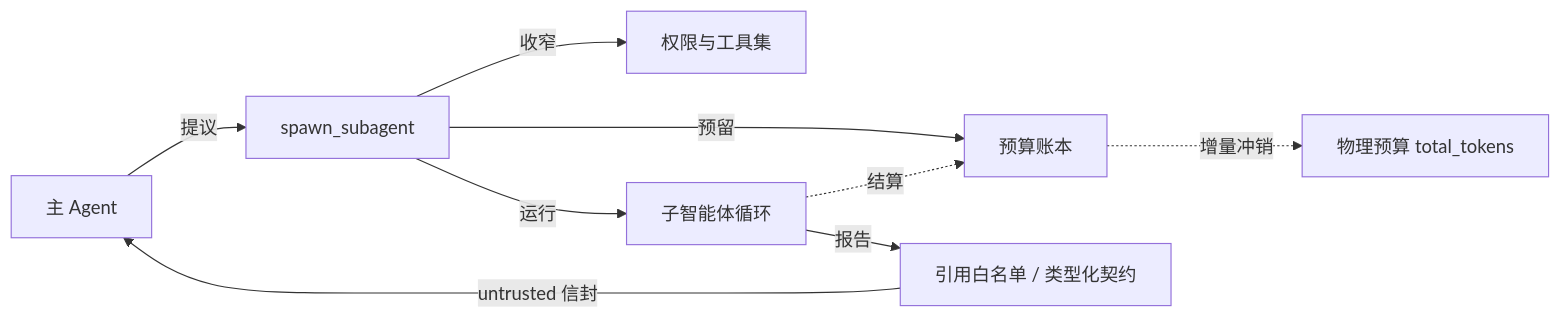
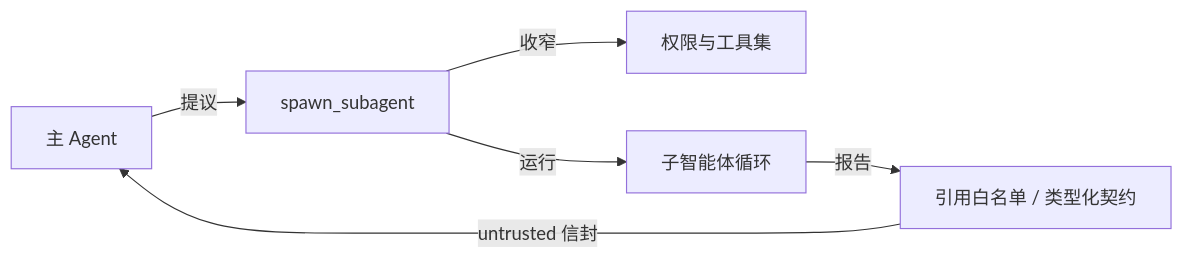
Before and after one commit to MakinoharaShokosans/BaseAgent: the diagram in docs/06_subagents/README.md, drawn with Mermaid. The commit also changed other lines of this file and 51 other files, not shown here.

````diff
--- a/docs/06_subagents/README.md
+++ b/docs/06_subagents/README.md
@@ -39,11 +38,8 @@
 ```mermaid
 flowchart LR
     M[主 Agent] -- 提议 --> T[spawn_subagent]
     T -- 收窄 --> P[权限与工具集]
-    T -- 预留 --> L[预算账本]
     T -- 运行 --> R[子智能体循环]
     R -- 报告 --> C[引用白名单 / 类型化契约]
     C -- untrusted 信封 --> M
-    R -. 结算 .-> L
-    L -. 增量冲销 .-> B[物理预算 total_tokens]
 ```
````
